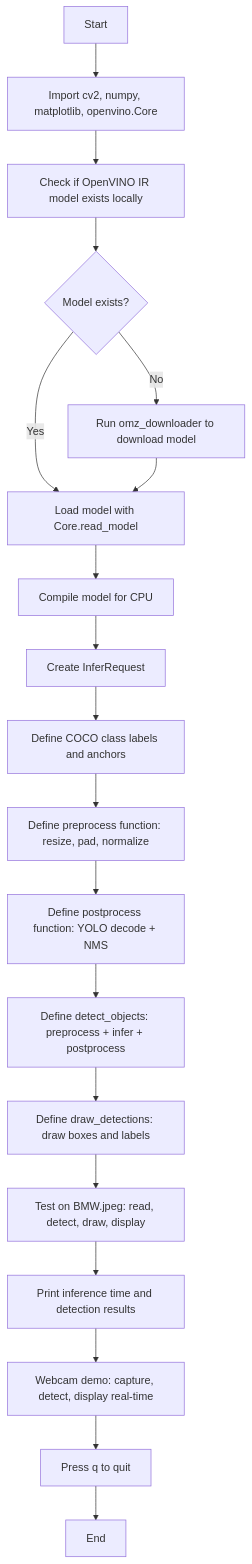
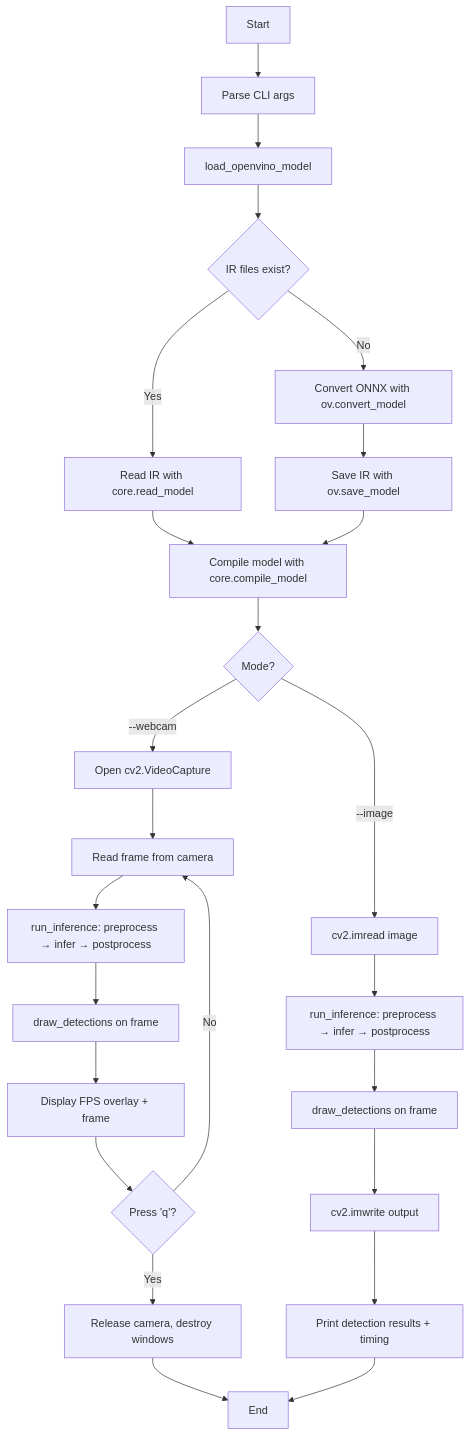
One commit to amolrathod7875/Computer-Vision- changed the diagram in CV_Assignment_10/README.md. Above: the diagram before and after it, drawn with Mermaid. The commit also changed other lines of this file and 8 other files, not shown here.

````diff
--- a/CV_Assignment_10/README.md
+++ b/CV_Assignment_10/README.md
@@ -233,21 +263,27 @@
 ```mermaid
 flowchart TD
-    A[Start] --> B[Import cv2, numpy, matplotlib, openvino.Core]
-    B --> C[Check if OpenVINO IR model exists locally]
-    C --> D{Model exists?}
-    D -->|No| E[Run omz_downloader to download model]
-    D -->|Yes| F[Load model with Core.read_model]
-    E --> F
-    F --> G[Compile model for CPU]
-    G --> H[Create InferRequest]
-    H --> I[Define COCO class labels and anchors]
-    I --> J[Define preprocess function: resize, pad, normalize]
-    J --> K[Define postprocess function: YOLO decode + NMS]
-    K --> L[Define detect_objects: preprocess + infer + postprocess]
-    L --> M[Define draw_detections: draw boxes and labels]
-    M --> N[Test on BMW.jpeg: read, detect, draw, display]
-    N --> O[Print inference time and detection results]
-    O --> P[Webcam demo: capture, detect, display real-time]
-    P --> Q[Press q to quit]
-    Q --> R[End]
+    A[Start] --> B[Parse CLI args]
+    B --> C[load_openvino_model]
+    C --> C1{IR files exist?}
+    C1 -->|Yes| C2[Read IR with core.read_model]
+    C1 -->|No| C3[Convert ONNX with ov.convert_model]
+    C3 --> C4[Save IR with ov.save_model]
+    C2 --> C5[Compile model with core.compile_model]
+    C4 --> C5
+    C5 --> D{Mode?}
+    D -->|--webcam| E[Open cv2.VideoCapture]
+    E --> F[Read frame from camera]
+    F --> G[run_inference: preprocess → infer → postprocess]
+    G --> H[draw_detections on frame]
+    H --> I[Display FPS overlay + frame]
+    I --> J{Press 'q'?}
+    J -->|No| F
+    J -->|Yes| K[Release camera, destroy windows]
+    D -->|--image| L[cv2.imread image]
+    L --> M[run_inference: preprocess → infer → postprocess]
+    M --> N[draw_detections on frame]
+    N --> O[cv2.imwrite output]
+    O --> P[Print detection results + timing]
+    K --> Z[End]
+    P --> Z
 ```
````
